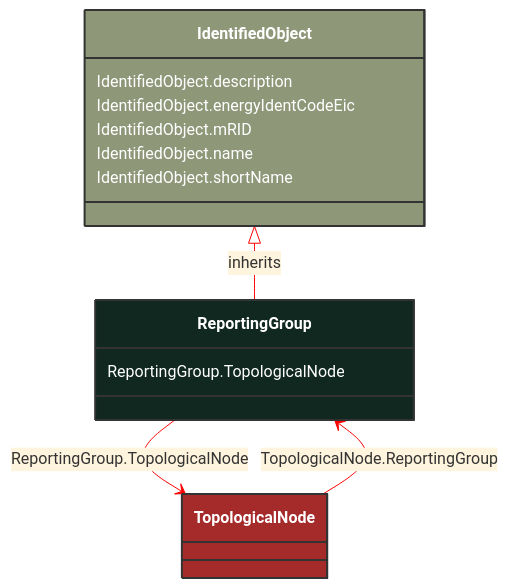
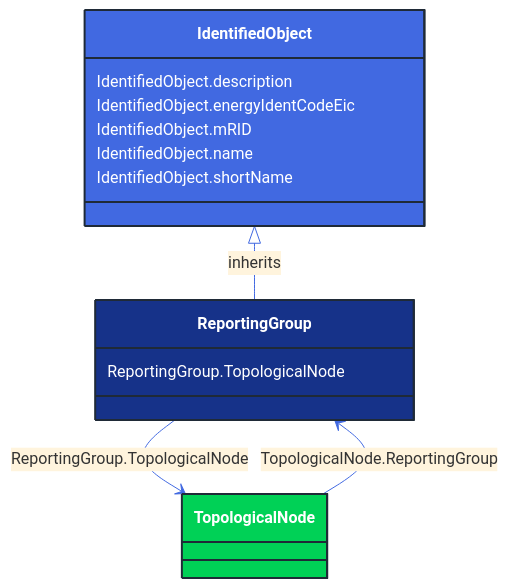
One commit to 3lbits/NoCIMExtensions changed the diagram in docs/Models/Profiles/Topology/ConcreteClasses/ReportingGroup.md. Above: the diagram before and after it, drawn with Mermaid. The commit also changed 362 other files, not shown here.

First line of the commit message:
Update diagrams and styles for improved visual consistency

````diff
--- a/docs/Models/Profiles/Topology/ConcreteClasses/ReportingGroup.md
+++ b/docs/Models/Profiles/Topology/ConcreteClasses/ReportingGroup.md
@@ -8,31 +8,31 @@
 ```mermaid
-%%{init: {'theme':'base','themeVariables': {'lineColor': '#FF0000'}}}%%
+%%{init: {'theme':'base','themeVariables': {'lineColor': '#4169E1'}}}%%
 classDiagram
     class ReportingGroup
     click ReportingGroup href "/Models/Profiles/Topology/ConcreteClasses/ReportingGroup/"
-    style ReportingGroup fill:#102820,stroke:#333,stroke-width:2px,rx:10,ry:10,color:white
+    style ReportingGroup fill:#163289,stroke:#1F2A37,stroke-width:2px,rx:10,ry:10,color:white
      
         IdentifiedObject <|-- ReportingGroup : inherits
             click IdentifiedObject href "/Models/Profiles/Topology/AbstractClasses/IdentifiedObject/"
-            style IdentifiedObject fill:#8F9779,stroke:#333,stroke-width:2px,rx:10,ry:10,color:white
+            style IdentifiedObject fill:#4169E1,stroke:#1F2A37,stroke-width:2px,rx:10,ry:10,color:white
 
         ReportingGroup --> TopologicalNode : ReportingGroup.TopologicalNode
 
         TopologicalNode
             click TopologicalNode href "/Models/Profiles/Topology/ConcreteClasses/TopologicalNode/"
-            style TopologicalNode fill:#A52A2A,stroke:#333,stroke-width:2px,rx:10,ry:10,color:white
+            style TopologicalNode fill:#00D156,stroke:#1F2A37,stroke-width:2px,rx:10,ry:10,color:white
 
         TopologicalNode --> ReportingGroup : TopologicalNode.ReportingGroup
 
         TopologicalNode
             click TopologicalNode href "/Models/Profiles/Topology/ConcreteClasses/TopologicalNode/"
-            style TopologicalNode fill:#A52A2A,stroke:#333,stroke-width:2px,rx:10,ry:10,color:white
+            style TopologicalNode fill:#00D156,stroke:#1F2A37,stroke-width:2px,rx:10,ry:10,color:white
 
 
         ReportingGroup : ReportingGroup.TopologicalNode
         IdentifiedObject : IdentifiedObject.description
         IdentifiedObject : IdentifiedObject.energyIdentCodeEic
         IdentifiedObject : IdentifiedObject.mRID
         IdentifiedObject : IdentifiedObject.name
         IdentifiedObject : IdentifiedObject.shortName
 ```
````
